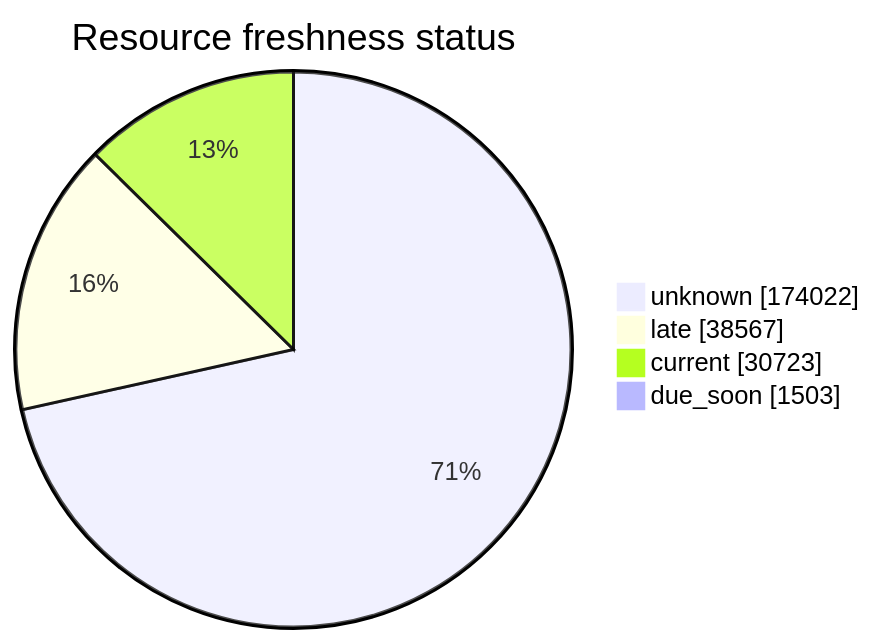
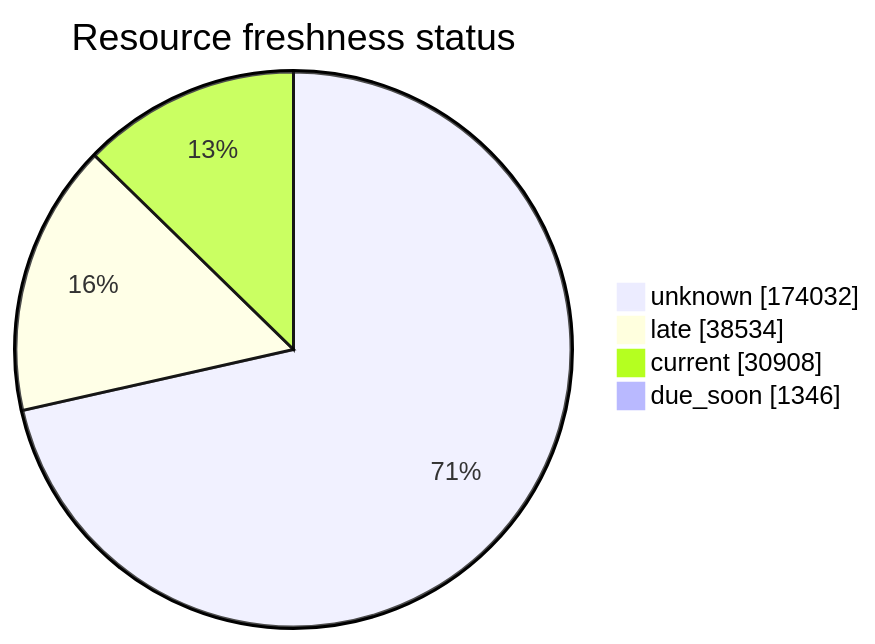
Before and after one commit to open-data/analytics-corporate-reporting: the third of 5 diagrams in FreshCheck/README.md, drawn with Mermaid. The commit also changed other lines of this file and 3 other files, not shown here.

````diff
--- a/FreshCheck/README.md
+++ b/FreshCheck/README.md
@@ -77,7 +77,7 @@
 ```mermaid
 pie showData title Resource freshness status
-    "unknown": 174022
-    "late": 38567
-    "current": 30723
-    "due_soon": 1503
+    "unknown": 174032
+    "late": 38534
+    "current": 30908
+    "due_soon": 1346
 ```
````
